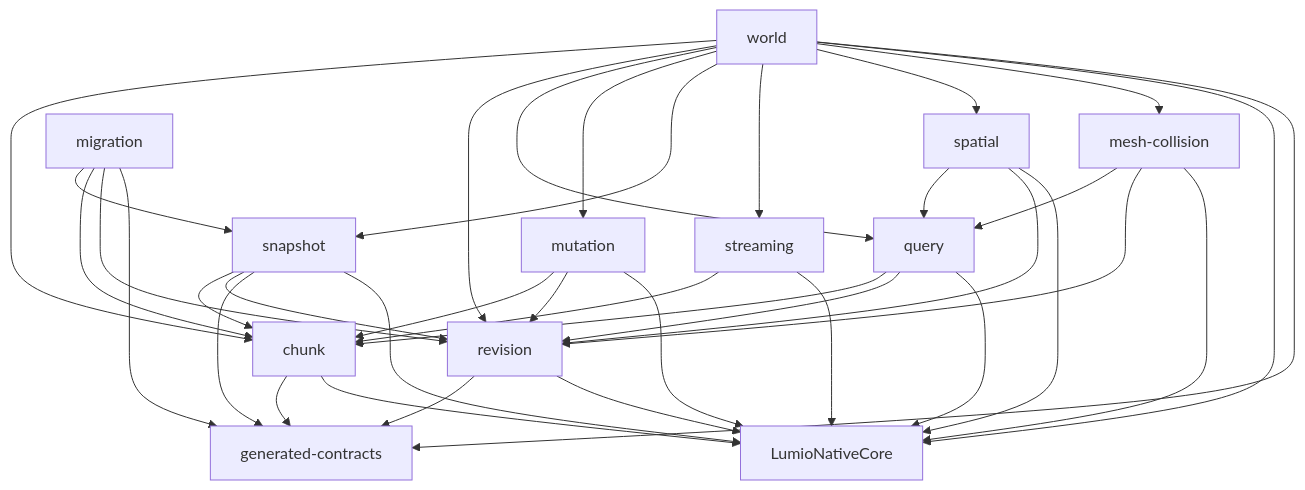
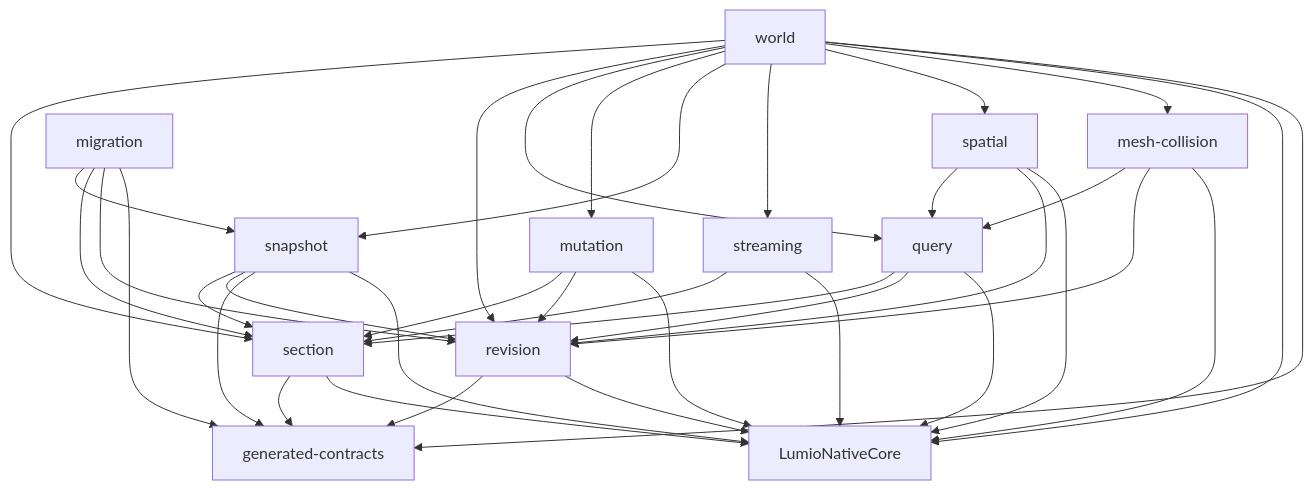
One commit to LumioGames/LumioVoxelEngine changed the diagram in modules/README.md. Above: the diagram before and after it, drawn with Mermaid. The commit also changed other lines of this file and 17 other files, not shown here.

````diff
--- a/modules/README.md
+++ b/modules/README.md
@@ -81,54 +82,54 @@
 ```mermaid
 graph TD
     world[world]
     revision[revision]
-    chunk[chunk]
+    section[section]
     query[query]
     mutation[mutation]
     snapshot[snapshot]
     streaming[streaming]
     spatial[spatial]
     migration[migration]
     mesh[mesh-collision]
     native[LumioNativeCore]
     contracts[generated-contracts]
 
     revision --> contracts
-    chunk --> contracts
-    chunk --> native
-    query --> chunk
+    section --> contracts
+    section --> native
+    query --> section
     query --> revision
-    mutation --> chunk
+    mutation --> section
     mutation --> revision
-    snapshot --> chunk
+    snapshot --> section
     snapshot --> revision
     snapshot --> contracts
     snapshot --> native
-    streaming --> chunk
+    streaming --> section
     spatial --> query
     spatial --> revision
     spatial --> native
     mesh --> query
     mesh --> revision
     mesh --> native
     migration --> snapshot
-    migration --> chunk
+    migration --> section
     migration --> revision
     migration --> contracts
 
-    world --> chunk
+    world --> section
     world --> revision
     world --> query
     world --> mutation
     world --> snapshot
     world --> streaming
     world --> spatial
     world --> mesh
     world --> native
     world --> contracts
 
     query --> native
     mutation --> native
     streaming --> native
     revision --> native
 ```
````
